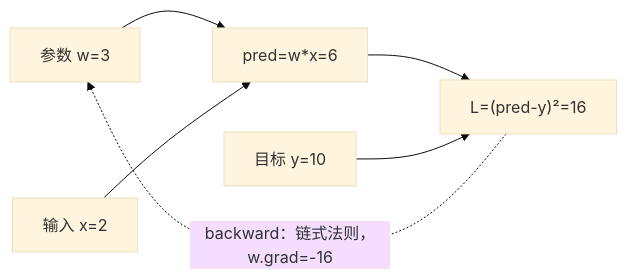
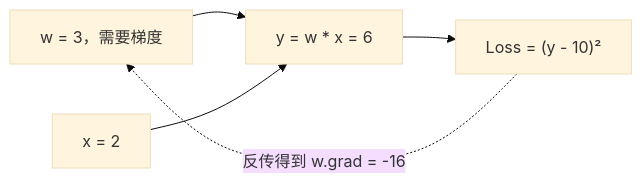
The first of 2 diagrams in day02/notes.md (postman777li/pytorch-learning), drawn with Mermaid (base theme) before and after one commit. The commit also changed other lines of this file and 6 other files, not shown here.

````diff
--- a/day02/notes.md
+++ b/day02/notes.md
@@ -9,8 +540,7 @@
 ```mermaid
 flowchart LR
-    W["参数 w=3"] --> P["pred=w*x=6"]
-    X["输入 x=2"] --> P
-    P --> L["L=(pred-y)²=16"]
-    Y["目标 y=10"] --> L
-    L -. "backward：链式法则，w.grad=-16" .-> W
+    W["w = 3，需要梯度"] --> Y["y = w * x = 6"]
+    X["x = 2"] --> Y
+    Y --> L["Loss = (y - 10)²"]
+    L -. "反传得到 w.grad = -16" .-> W
 ```
````
